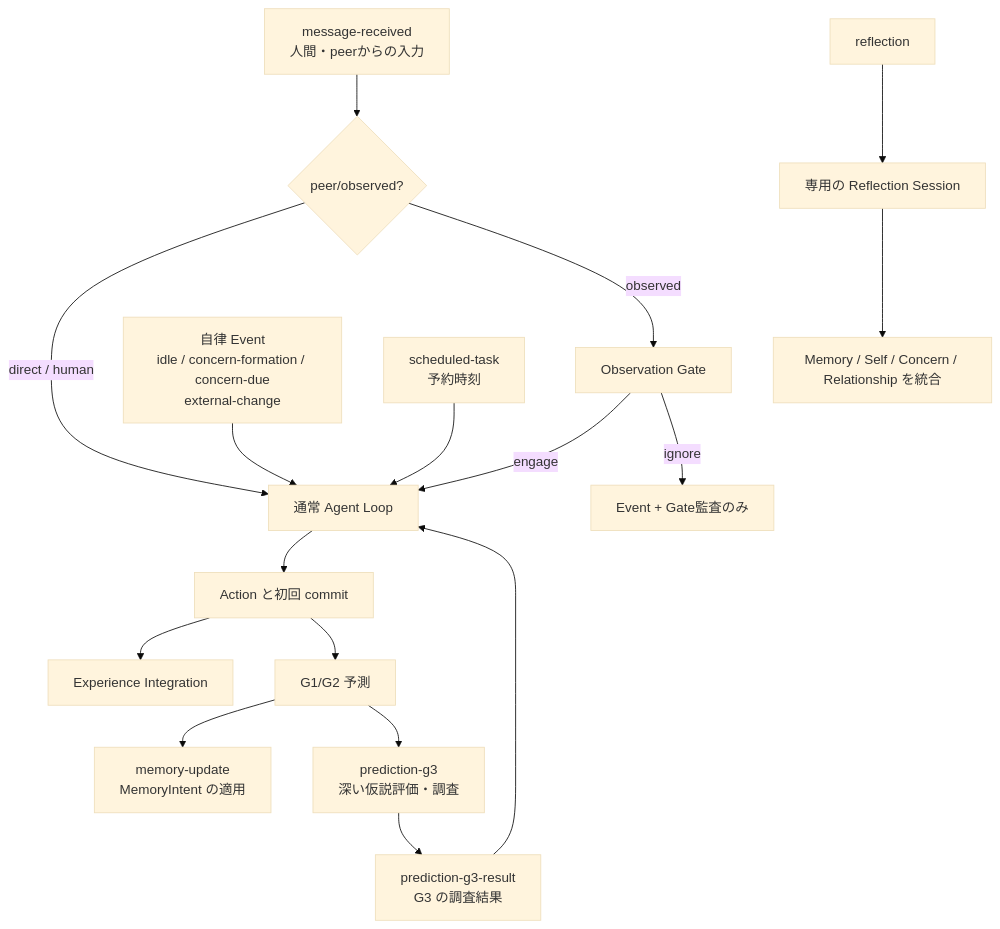
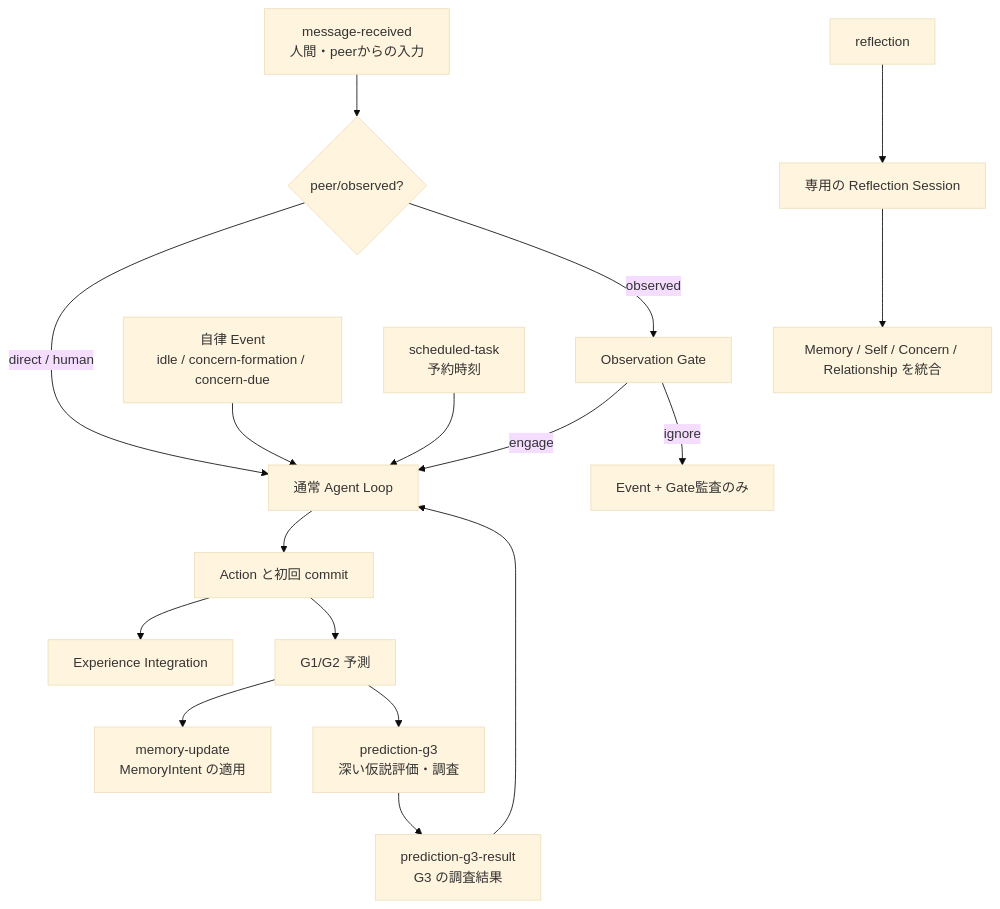
The second of 6 diagrams in docs/AGENT_EVENT_AND_EXPERIENCE_OVERVIEW.md (if001/social_agent), drawn with Mermaid (base theme) before and after one commit. The commit also changed other lines of this file and 48 other files, not shown here.

````diff
--- a/docs/AGENT_EVENT_AND_EXPERIENCE_OVERVIEW.md
+++ b/docs/AGENT_EVENT_AND_EXPERIENCE_OVERVIEW.md
@@ -28,22 +28,22 @@
 ```mermaid
 flowchart TD
     U[message-received<br/>人間・peerからの入力] --> G{peer/observed?}
     G -->|direct / human| LOOP[通常 Agent Loop]
     G -->|observed| OG[Observation Gate]
     OG -->|engage| LOOP
     OG -->|ignore| AUDIT[Event + Gate監査のみ]
-    AU[自律 Event<br/>idle / concern-formation / concern-due<br/>external-change] --> LOOP
+    AU[自律 Event<br/>idle / concern-formation / concern-due] --> LOOP
     ST[scheduled-task<br/>予約時刻] --> LOOP
     G3R[prediction-g3-result<br/>G3 の調査結果] --> LOOP
 
     LOOP --> OUT[Action と初回 commit]
     OUT --> EI[Experience Integration]
     OUT --> G12[G1/G2 予測]
 
     G12 --> MU[memory-update<br/>MemoryIntent の適用]
     G12 --> G3[prediction-g3<br/>深い仮説評価・調査]
     G3 --> G3R
 
     RF[reflection] --> REF[専用の Reflection Session]
     REF --> LONG[Memory / Self / Concern / Relationship を統合]
 ```
````
